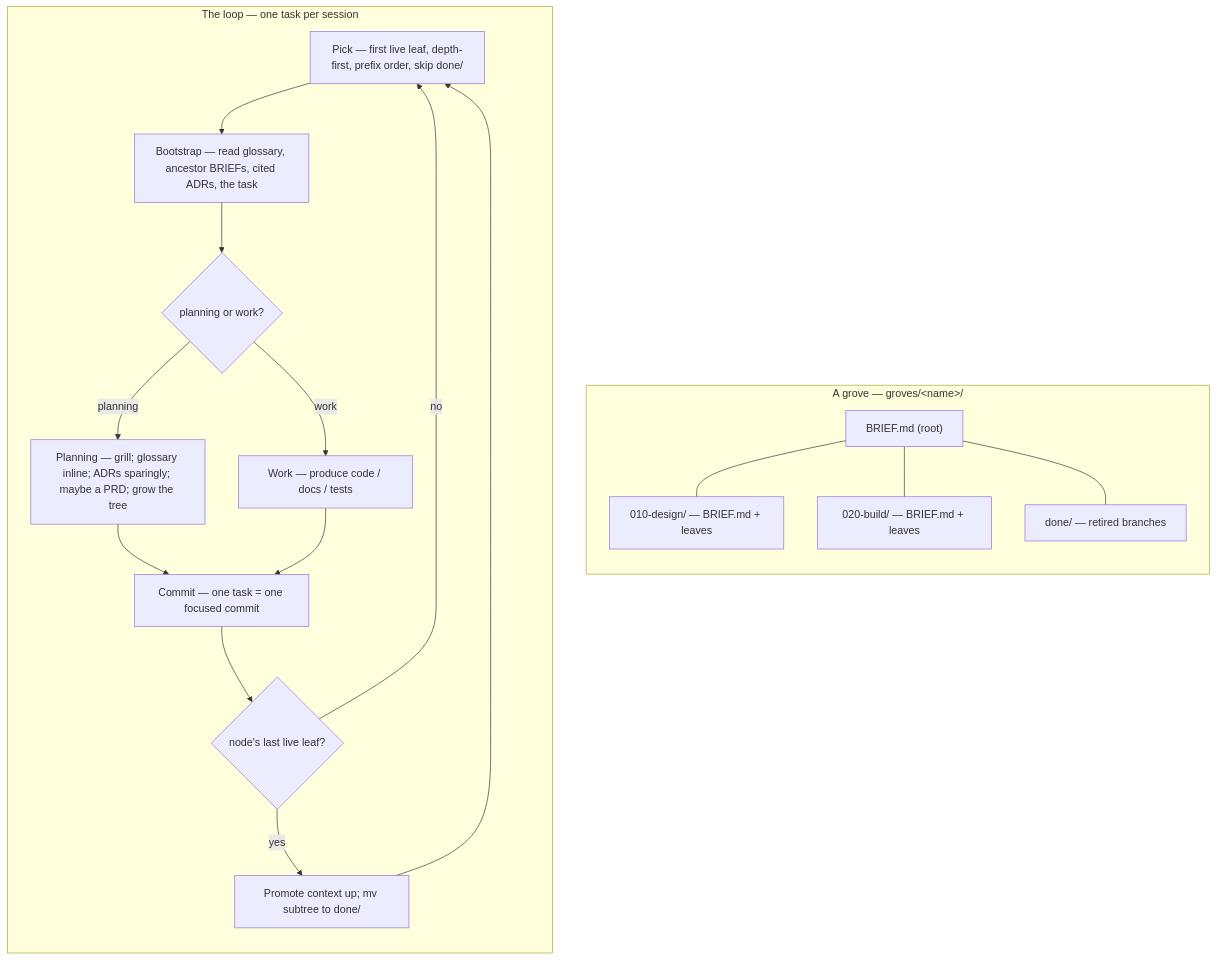
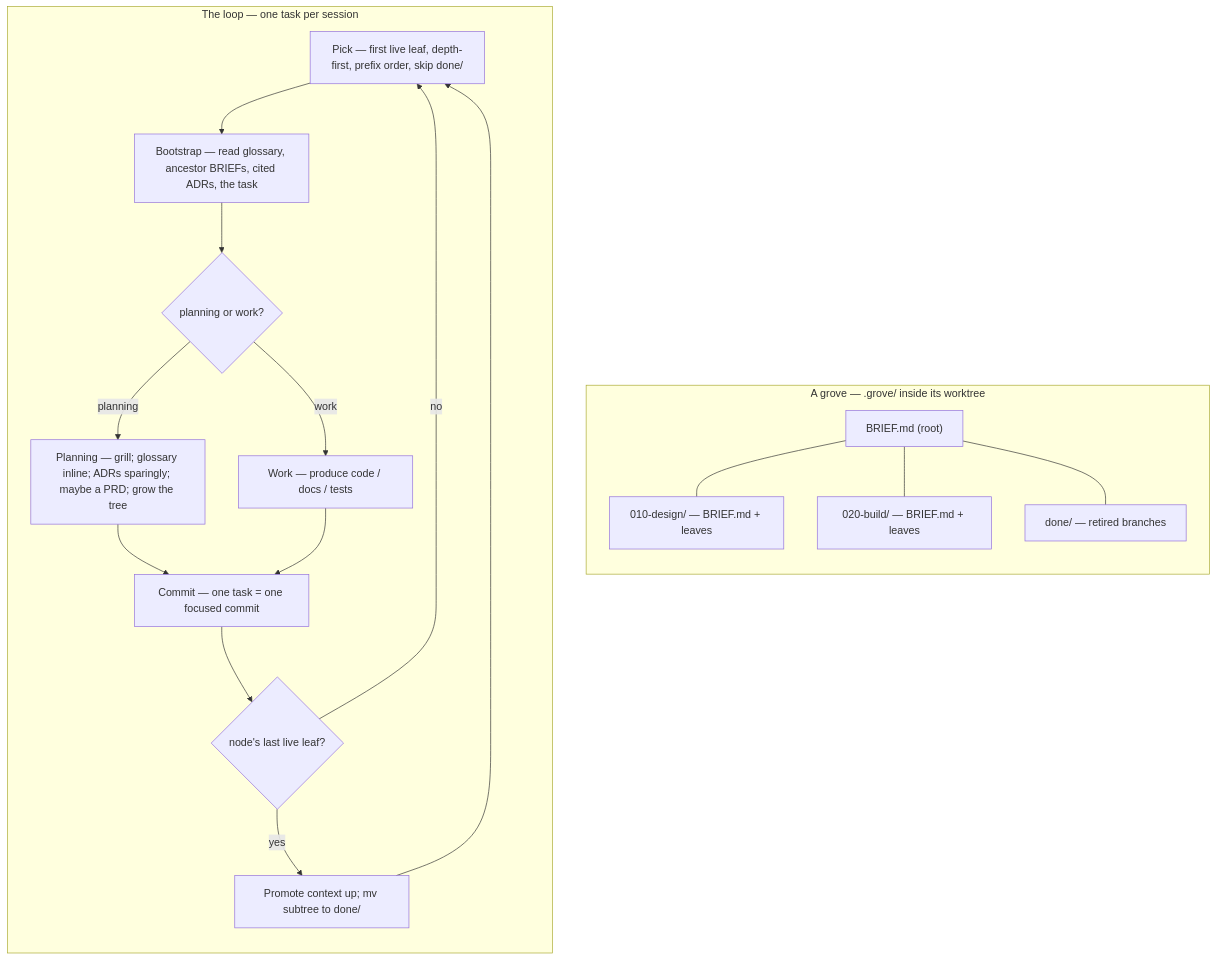
One commit to Linkuistics/grove changed the diagram in content/SKILL.md. Above: the diagram before and after it, drawn with Mermaid. The commit also changed other lines of this file and 14 other files, not shown here.

````diff
--- a/content/SKILL.md
+++ b/content/SKILL.md
@@ -13,30 +13,30 @@
 ```mermaid
 flowchart TD
-  subgraph tree["A grove — groves/&lt;name&gt;/"]
+  subgraph tree["A grove — .grove/ inside its worktree"]
     direction TB
     root["BRIEF.md (root)"]
     n1["010-design/ — BRIEF.md + leaves"]
     n2["020-build/ — BRIEF.md + leaves"]
     done["done/ — retired branches"]
     root --- n1
     root --- n2
     root --- done
   end
   subgraph loop["The loop — one task per session"]
     direction TB
     pick["Pick — first live leaf, depth-first, prefix order, skip done/"]
     boot["Bootstrap — read glossary, ancestor BRIEFs, cited ADRs, the task"]
     exec{"planning or work?"}
     plan["Planning — grill; glossary inline; ADRs sparingly; maybe a PRD; grow the tree"]
     work["Work — produce code / docs / tests"]
     commit["Commit — one task = one focused commit"]
     retire{"node's last live leaf?"}
     ret["Promote context up; mv subtree to done/"]
     pick --> boot --> exec
     exec -->|planning| plan --> commit
     exec -->|work| work --> commit
     commit --> retire
     retire -->|yes| ret --> pick
     retire -->|no| pick
   end
 ```
````
